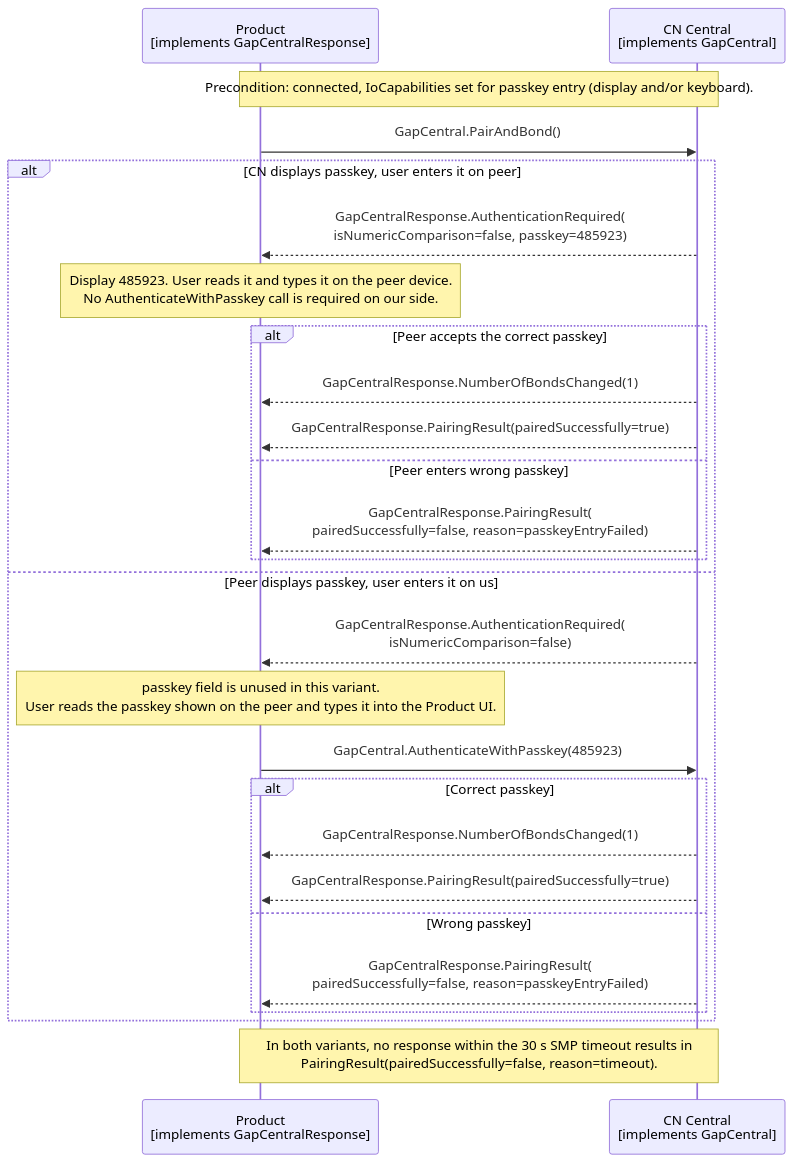
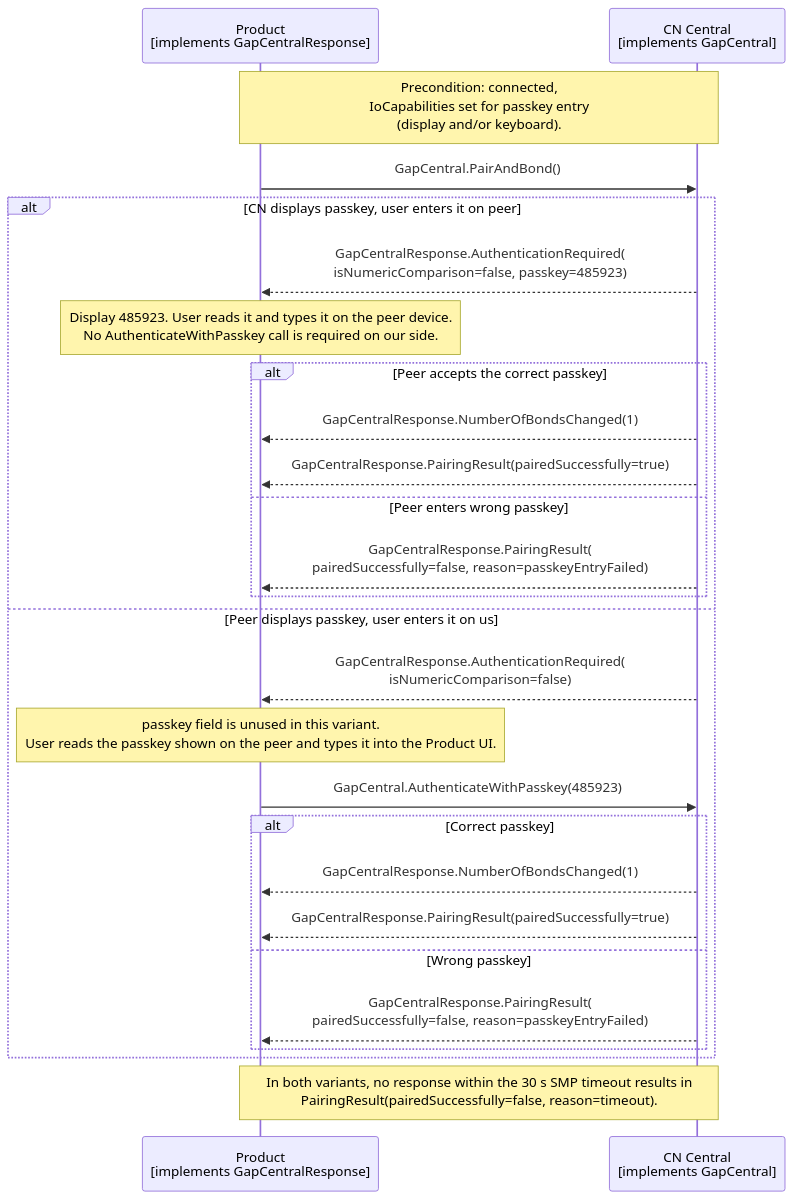
Before and after one commit to philips-software/amp-embedded-infra-lib: the diagram in documents/modules/ROOT/partials/echoservices/gap_central/GapCentral_PasskeyAuthentication_sequence.mmd, drawn with Mermaid. The commit also changed 5 other files, not shown here.

```diff
--- a/documents/modules/ROOT/partials/echoservices/gap_central/GapCentral_PasskeyAuthentication_sequence.mmd
+++ b/documents/modules/ROOT/partials/echoservices/gap_central/GapCentral_PasskeyAuthentication_sequence.mmd
@@ -1,33 +1,33 @@
 sequenceDiagram
     participant Product as Product<br>[implements GapCentralResponse]
     participant CN as CN Central<br>[implements GapCentral]
 
-    Note over Product, CN: Precondition: connected, IoCapabilities set for passkey entry (display and/or keyboard).
+    Note over Product, CN: Precondition: connected,<br>IoCapabilities set for passkey entry<br>(display and/or keyboard).
 
     Product->>CN: GapCentral.PairAndBond()
 
     alt CN displays passkey, user enters it on peer
         CN-->>Product: GapCentralResponse.AuthenticationRequired(<br>isNumericComparison=false, passkey=485923)
         Note over Product: Display 485923. User reads it and types it on the peer device.<br>No AuthenticateWithPasskey call is required on our side.
 
         alt Peer accepts the correct passkey
             CN-->>Product: GapCentralResponse.NumberOfBondsChanged(1)
             CN-->>Product: GapCentralResponse.PairingResult(pairedSuccessfully=true)
         else Peer enters wrong passkey
             CN-->>Product: GapCentralResponse.PairingResult(<br>pairedSuccessfully=false, reason=passkeyEntryFailed)
         end
     else Peer displays passkey, user enters it on us
         CN-->>Product: GapCentralResponse.AuthenticationRequired(<br>isNumericComparison=false)
         Note over Product: passkey field is unused in this variant.<br>User reads the passkey shown on the peer and types it into the Product UI.
 
         Product->>CN: GapCentral.AuthenticateWithPasskey(485923)
 
         alt Correct passkey
             CN-->>Product: GapCentralResponse.NumberOfBondsChanged(1)
             CN-->>Product: GapCentralResponse.PairingResult(pairedSuccessfully=true)
         else Wrong passkey
             CN-->>Product: GapCentralResponse.PairingResult(<br>pairedSuccessfully=false, reason=passkeyEntryFailed)
         end
     end
 
     Note over Product, CN: In both variants, no response within the 30 s SMP timeout results in<br>PairingResult(pairedSuccessfully=false, reason=timeout).
```
